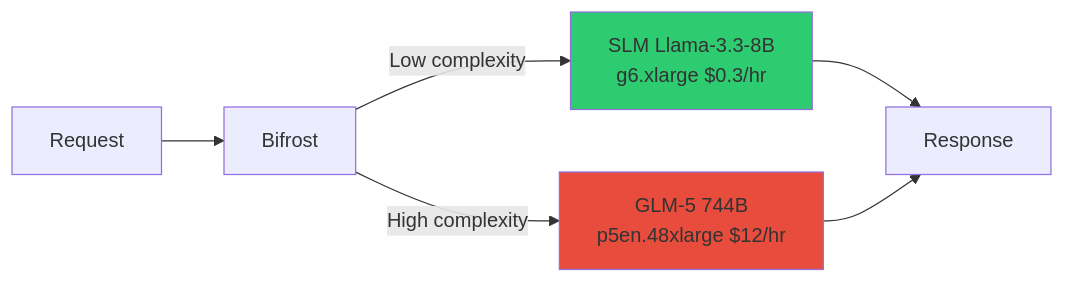
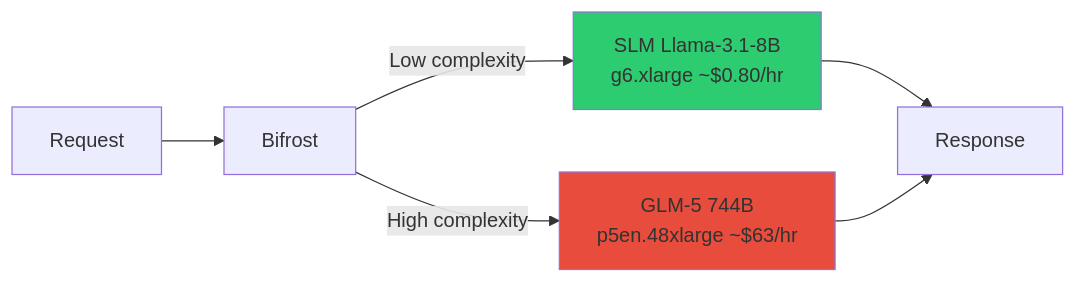
Before and after one commit to devfloor9/engineering-playbook: the third of 4 diagrams in i18n/en/docusaurus-plugin-content-docs/current/agentic-ai-platform/reference-architecture/model-lifecycle/custom-model-pipeline.md, drawn with Mermaid. The commit also changed other lines of this file and 6 other files, not shown here.

````diff
--- a/i18n/en/docusaurus-plugin-content-docs/current/agentic-ai-platform/reference-architecture/model-lifecycle/custom-model-pipeline.md
+++ b/i18n/en/docusaurus-plugin-content-docs/current/agentic-ai-platform/reference-architecture/model-lifecycle/custom-model-pipeline.md
@@ -324,11 +324,11 @@
 ```mermaid
 graph LR
     Req[Request] --> BF[Bifrost]
-    BF -->|Low complexity| SLM[SLM Llama-3.3-8B<br/>g6.xlarge $0.3/hr]
-    BF -->|High complexity| LLM[GLM-5 744B<br/>p5en.48xlarge $12/hr]
+    BF -->|Low complexity| SLM[SLM Llama-3.1-8B<br/>g6.xlarge ~$0.80/hr]
+    BF -->|High complexity| LLM[GLM-5 744B<br/>p5en.48xlarge ~$63/hr]
     SLM --> Resp[Response]
     LLM --> Resp
     
     style SLM fill:#2ecc71
     style LLM fill:#e74c3c
 ```
````
